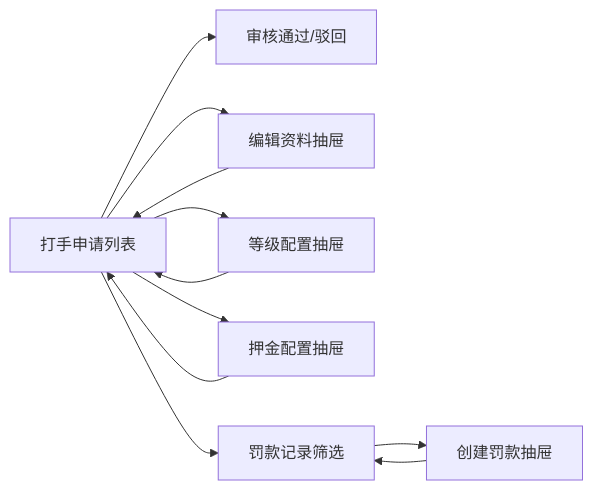
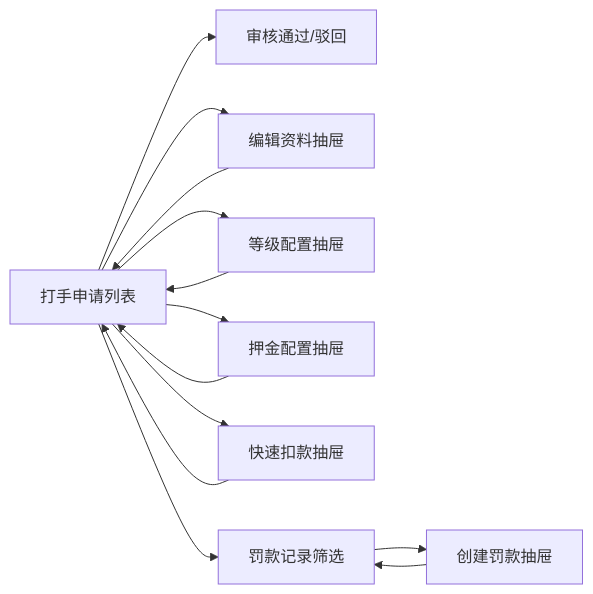
Before and after one commit to yiting001/E-sports-01: the diagram in docs/booster.md, drawn with Mermaid. The commit also changed other lines of this file and 4 other files, not shown here.

````diff
--- a/docs/booster.md
+++ b/docs/booster.md
@@ -82,13 +83,15 @@
 ```mermaid
 flowchart LR
   A["打手申请列表"] --> B["审核通过/驳回"]
   A --> C["编辑资料抽屉"]
   A --> D["等级配置抽屉"]
   A --> E["押金配置抽屉"]
+  A --> H["快速扣款抽屉"]
   A --> F["罚款记录筛选"]
   F --> G["创建罚款抽屉"]
   C --> A
   D --> A
   E --> A
+  H --> A
   G --> F
 ```
````
